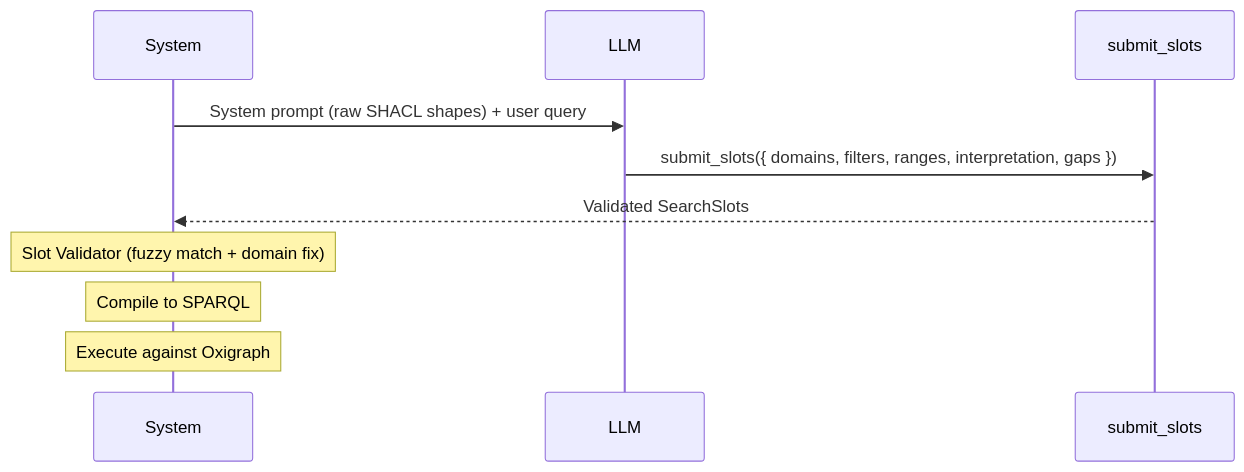
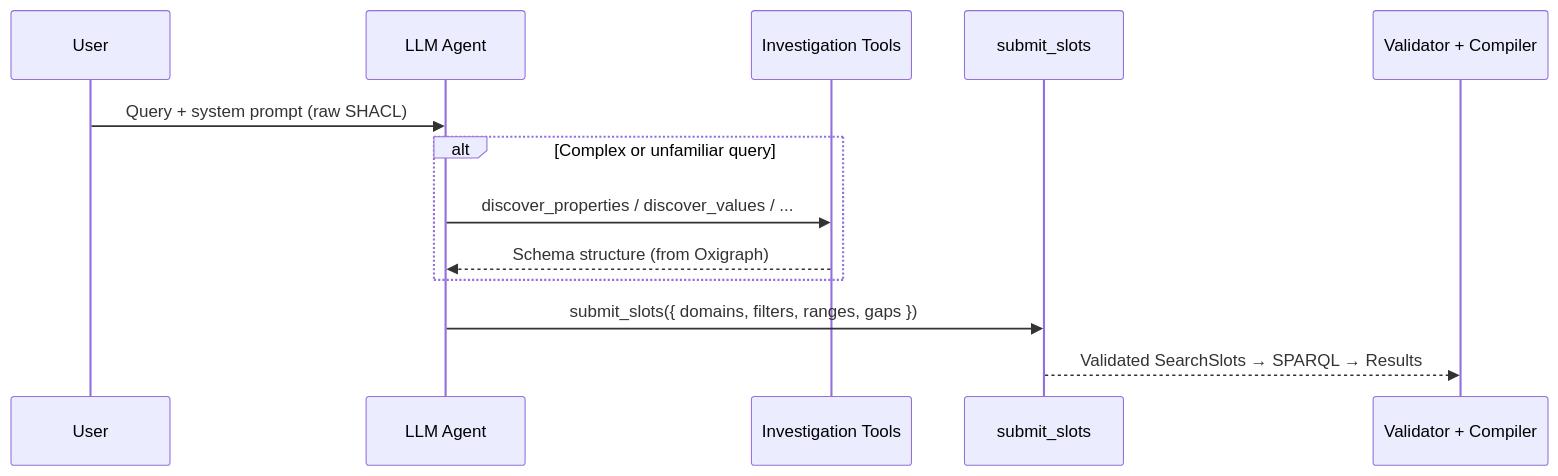
The first of 3 diagrams in apps/docs/agent.md (ASCS-eV/ontology-based-nl-search), drawn with Mermaid before and after one commit. The commit also changed other lines of this file and 9 other files, not shown here.

First line of the commit message:
docs: rework architecture docs for ontology-agnostic design

````diff
--- a/apps/docs/agent.md
+++ b/apps/docs/agent.md
@@ -9,13 +9,16 @@
 ```mermaid
 sequenceDiagram
-    participant S as System
-    participant L as LLM
-    participant T as submit_slots
+    participant U as User
+    participant L as LLM Agent
+    participant IT as Investigation Tools
+    participant SS as submit_slots
+    participant V as Validator + Compiler
 
-    S->>L: System prompt (raw SHACL shapes) + user query
-    L->>T: submit_slots({ domains, filters, ranges, interpretation, gaps })
-    T-->>S: Validated SearchSlots
-    Note over S: Slot Validator (fuzzy match + domain fix)
-    Note over S: Compile to SPARQL
-    Note over S: Execute against Oxigraph
+    U->>L: Query + system prompt (raw SHACL)
+    alt Complex or unfamiliar query
+        L->>IT: discover_properties / discover_values / ...
+        IT-->>L: Schema structure (from Oxigraph)
+    end
+    L->>SS: submit_slots({ domains, filters, ranges, gaps })
+    SS-->>V: Validated SearchSlots → SPARQL → Results
 ```
````
